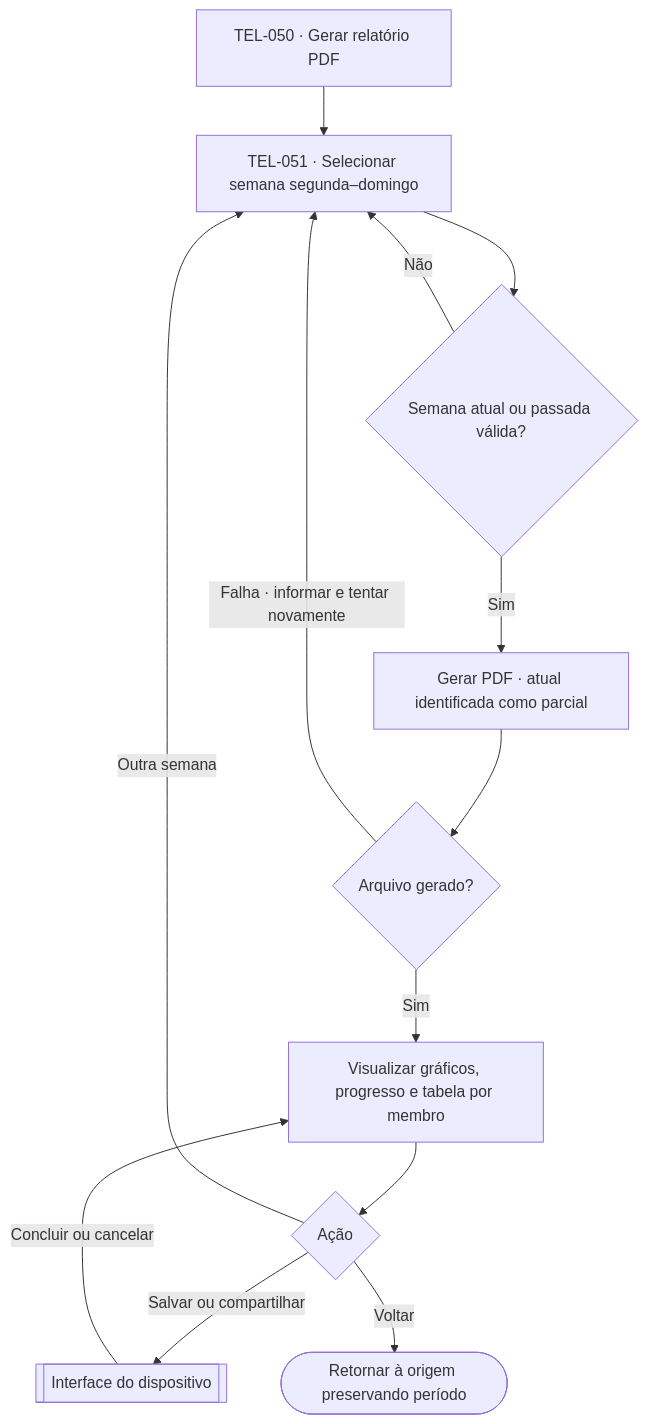
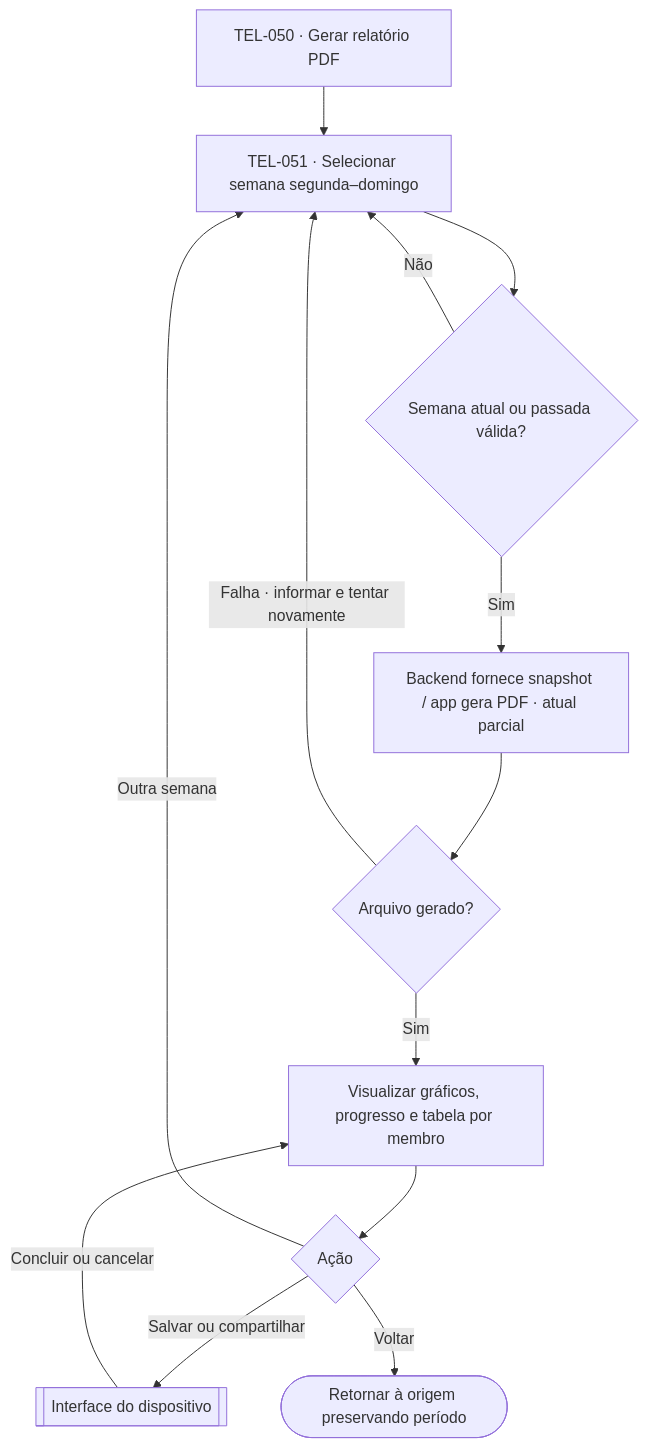
One commit to lizandramalta/App-Rotina-Familiar changed diagram 14 of 16 in docs/design/user-flows.md. Above: the diagram before and after it, drawn with Mermaid. The commit also changed other lines of this file and 25 other files, not shown here.

````diff
--- a/docs/design/user-flows.md
+++ b/docs/design/user-flows.md
@@ -496,15 +505,15 @@
 ```mermaid
 flowchart TD
     A["TEL-050 · Gerar relatório PDF"] --> B["TEL-051 · Selecionar semana segunda–domingo"]
     B --> C{"Semana atual ou passada válida?"}
     C -->|Não| B
-    C -->|Sim| D["Gerar PDF · atual identificada como parcial"]
+    C -->|Sim| D["Backend fornece snapshot / app gera PDF · atual parcial"]
     D --> E{"Arquivo gerado?"}
     E -->|Falha · informar e tentar novamente| B
     E -->|Sim| F["Visualizar gráficos, progresso e tabela por membro"]
     F --> G{"Ação"}
     G -->|Salvar ou compartilhar| H[["Interface do dispositivo"]]
     H -->|Concluir ou cancelar| F
     G -->|Outra semana| B
     G -->|Voltar| I(["Retornar à origem preservando período"])
 ```
````
